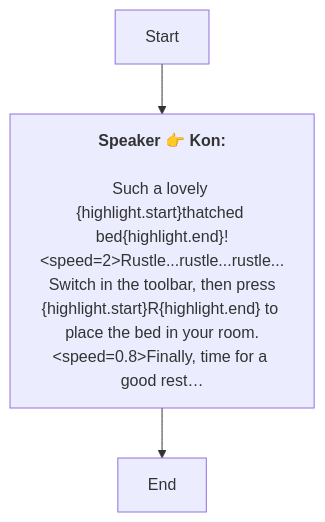
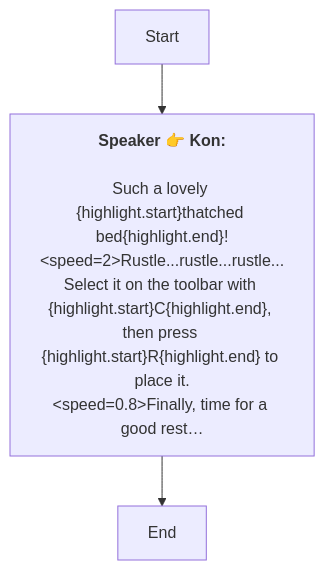
Before and after one commit to SoftHu/tos_avg: the diagram in En/QuestStartTalkENode_1741804102115683.md, drawn with Mermaid. The commit also changed 312 other files, not shown here.

````diff
--- a/En/QuestStartTalkENode_1741804102115683.md
+++ b/En/QuestStartTalkENode_1741804102115683.md
@@ -1,12 +1,11 @@
 ```mermaid
 graph
 Start -->1741804137167206[<b>Speaker 👉 Kon:</b>
 
 Such a lovely &lbrace;highlight.start&rbrace;thatched bed&lbrace;highlight.end&rbrace;!
 &lt;speed=2&gt;Rustle...rustle...rustle...
-Switch in the toolbar, then press
-&lbrace;highlight.start&rbrace;R&lbrace;highlight.end&rbrace; to place the bed in your room.
+Select it on the toolbar with &lbrace;highlight.start&rbrace;C&lbrace;highlight.end&rbrace;, then press &lbrace;highlight.start&rbrace;R&lbrace;highlight.end&rbrace; to place it.
 &lt;speed=0.8&gt;Finally, time for a good rest…]
 1741804137167206 -->1741804234604903[End]
 
  ```
````
